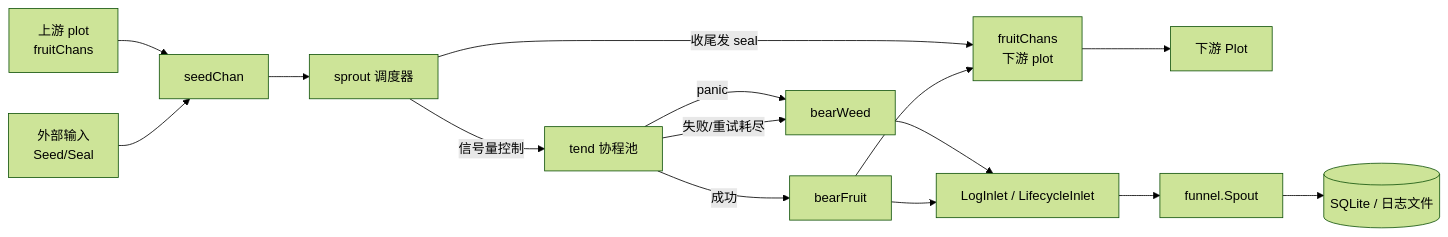
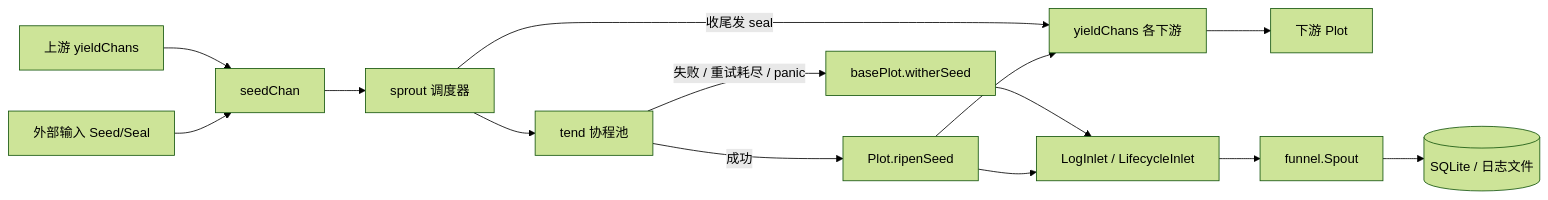
The diagram in docs/zh-CN/pkg/plot/plot.md (Mr-xiaotian/CelestialGrow), drawn with Mermaid (forest theme) before and after one commit. The commit also changed other lines of this file and 34 other files, not shown here.

````diff
--- a/docs/zh-CN/pkg/plot/plot.md
+++ b/docs/zh-CN/pkg/plot/plot.md
@@ -180,17 +79,16 @@
 ```mermaid
 flowchart LR
-    Ext[外部输入<br/>Seed/Seal] --> SC[seedChan]
-    UP[上游 plot<br/>fruitChans] --> SC
+    Ext[外部输入 Seed/Seal] --> SC[seedChan]
+    UP[上游 yieldChans] --> SC
     SC --> SP[sprout 调度器]
-    SP -->|信号量控制| T[tend 协程池]
-    T -->|成功| BF[bearFruit]
-    T -->|失败/重试耗尽| BW[bearWeed]
-    T -->|panic| BW
-    BF --> FC[fruitChans<br/>下游 plot]
-    BF --> LI[LogInlet / LifecycleInlet]
-    BW --> LI
+    SP --> T[tend 协程池]
+    T -->|成功| R[Plot.ripenSeed]
+    T -->|失败 / 重试耗尽 / panic| W[basePlot.witherSeed]
+    R --> FC[yieldChans 各下游]
+    R --> LI[LogInlet / LifecycleInlet]
+    W --> LI
     SP -->|收尾发 seal| FC
     FC --> DP[下游 Plot]
     LI --> FUN[funnel.Spout]
     FUN --> DB[(SQLite / 日志文件)]
 ```
````
